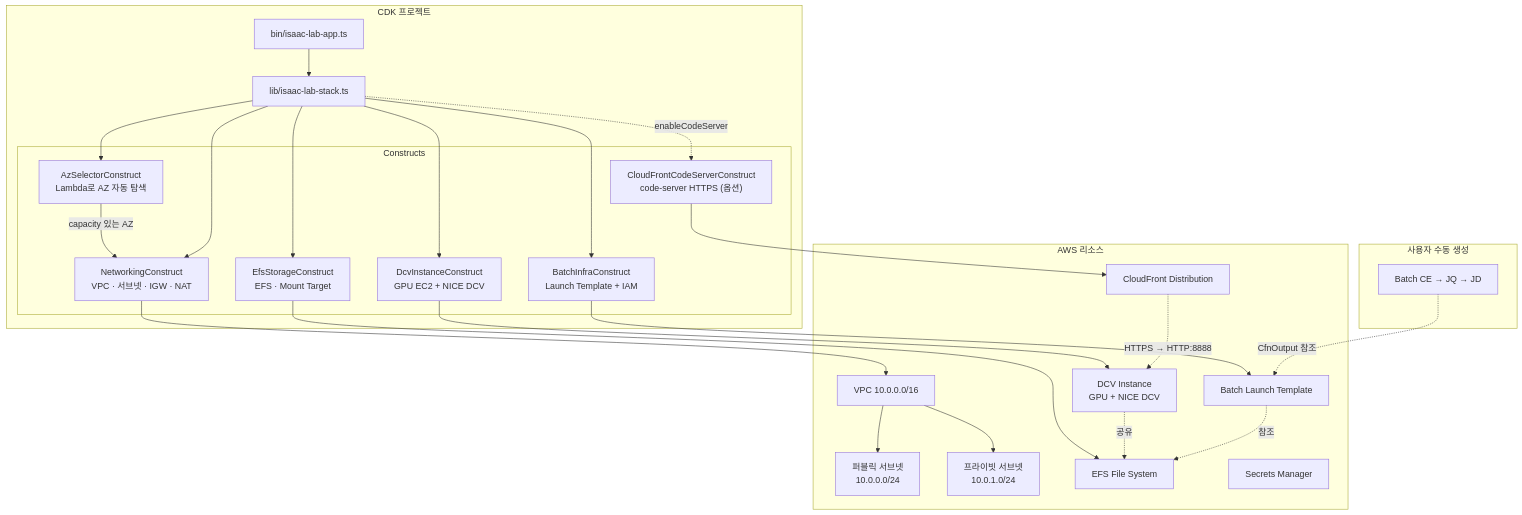
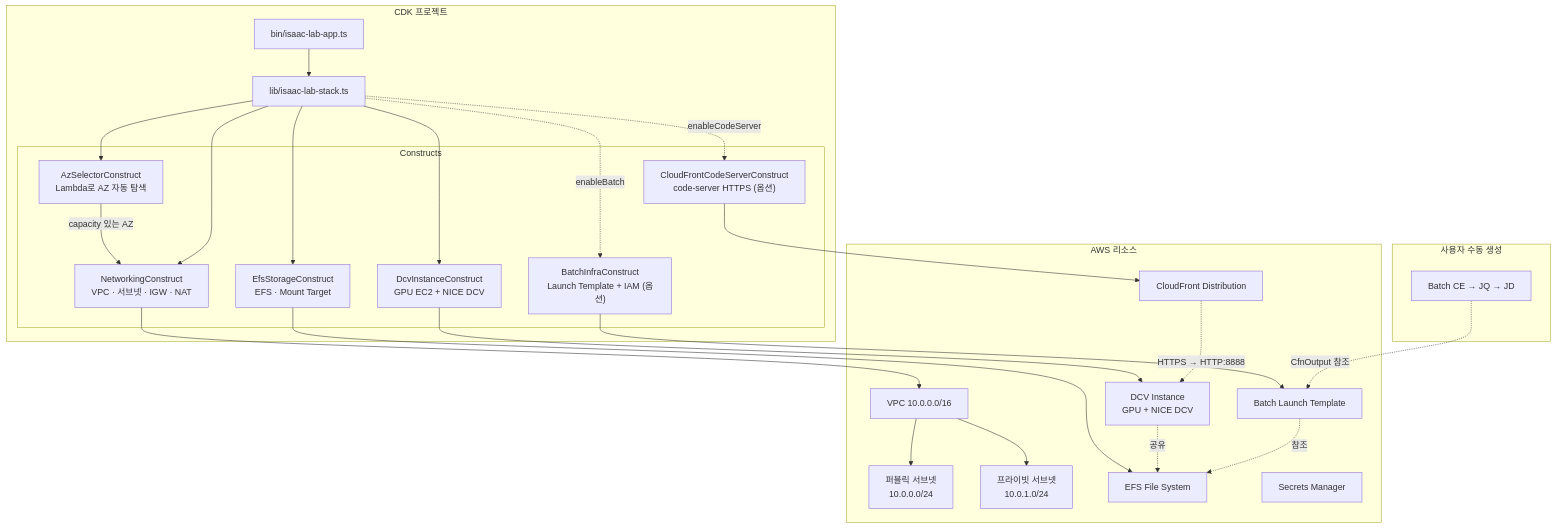
Before and after one commit to hi-space/aws-physical-ai-recipes: the diagram in e2e-workshop/infra/isaaclab/README.md, drawn with Mermaid. The commit also changed other lines of this file and 13 other files, not shown here.

````diff
--- a/e2e-workshop/infra/isaaclab/README.md
+++ b/e2e-workshop/infra/isaaclab/README.md
@@ -25,46 +25,46 @@
 ```mermaid
 graph TB
     subgraph "CDK 프로젝트"
         APP["bin/isaac-lab-app.ts"]
         STACK["lib/isaac-lab-stack.ts"]
 
         subgraph "Constructs"
             AZ["AzSelectorConstruct<br/>Lambda로 AZ 자동 탐색"]
             NET["NetworkingConstruct<br/>VPC · 서브넷 · IGW · NAT"]
             EFS_C["EfsStorageConstruct<br/>EFS · Mount Target"]
             DCV["DcvInstanceConstruct<br/>GPU EC2 + NICE DCV"]
             CF["CloudFrontCodeServerConstruct<br/>code-server HTTPS (옵션)"]
-            BATCH["BatchInfraConstruct<br/>Launch Template + IAM"]
+            BATCH["BatchInfraConstruct<br/>Launch Template + IAM (옵션)"]
         end
     end
 
     subgraph "AWS 리소스"
         VPC["VPC 10.0.0.0/16"]
         PUB["퍼블릭 서브넷<br/>10.0.0.0/24"]
         PRI["프라이빗 서브넷<br/>10.0.1.0/24"]
         DCV_I["DCV Instance<br/>GPU + NICE DCV"]
         CF_D["CloudFront Distribution"]
         EFS_R["EFS File System"]
         BLT["Batch Launch Template"]
         SM["Secrets Manager"]
     end
 
     subgraph "사용자 수동 생성"
         BCE["Batch CE → JQ → JD"]
     end
 
     APP --> STACK
     STACK --> AZ
     AZ -->|capacity 있는 AZ| NET
     STACK --> NET --> VPC
     STACK --> EFS_C --> EFS_R
     STACK --> DCV --> DCV_I
     STACK -.->|enableCodeServer| CF --> CF_D
     CF_D -.->|HTTPS → HTTP:8888| DCV_I
-    STACK --> BATCH --> BLT
+    STACK -.->|enableBatch| BATCH --> BLT
     VPC --> PUB
     VPC --> PRI
     DCV_I -.->|공유| EFS_R
     BLT -.->|참조| EFS_R
     BCE -.->|CfnOutput 참조| BLT
 ```
````
